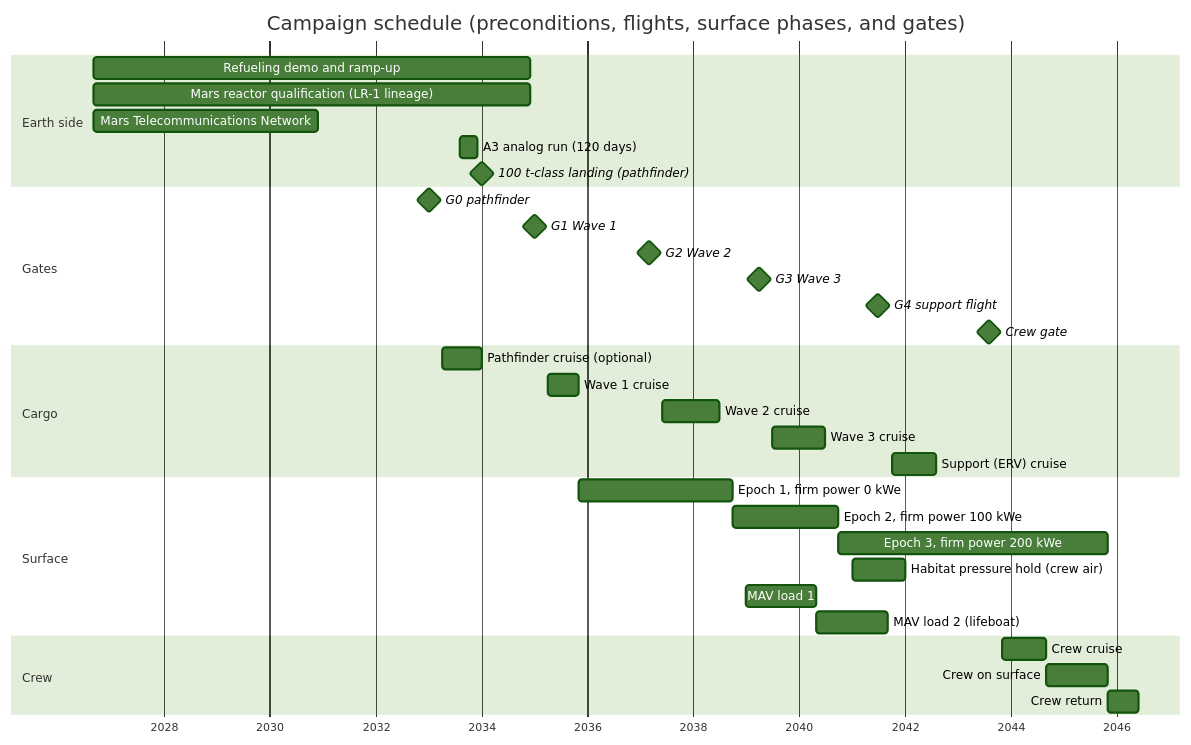
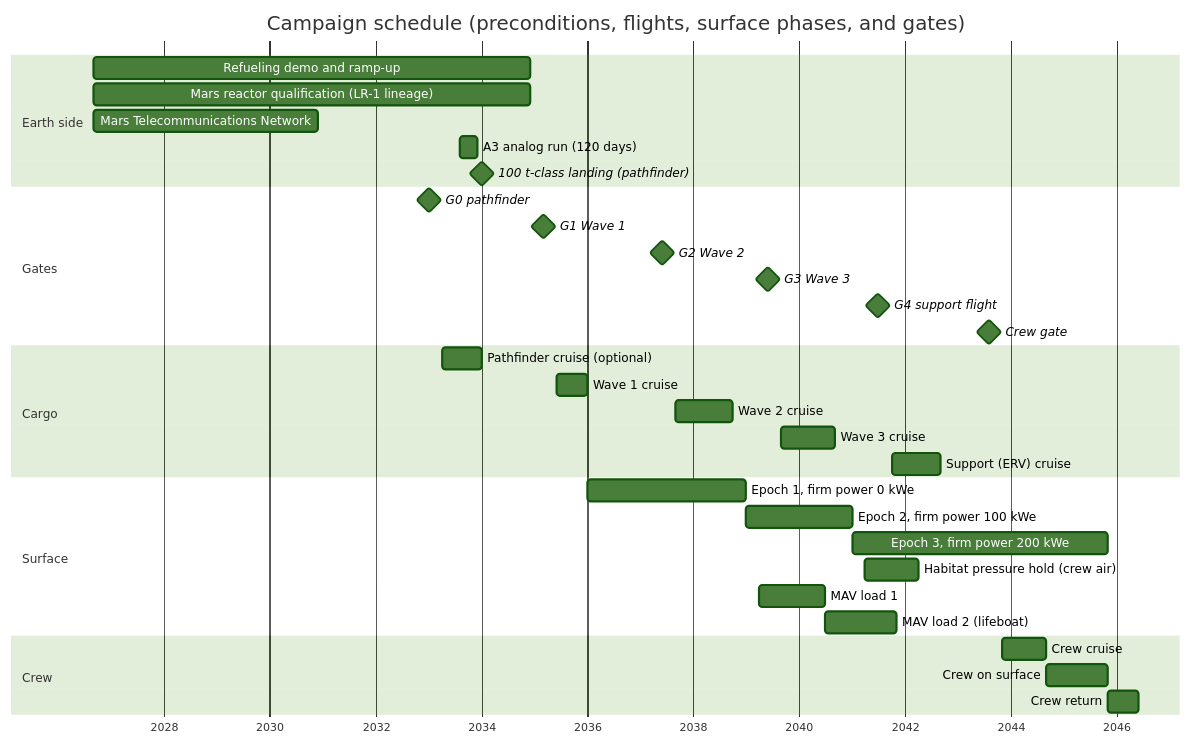
Before and after one commit to sagol/Fully-Autonomous-Initial-Mars-Colony: the diagram in 13. Timeline and gates.md, drawn with Mermaid (forest theme). The commit also changed other lines of this file and 16 other files, not shown here.

````diff
--- a/13. Timeline and gates.md
+++ b/13. Timeline and gates.md
@@ -69,36 +69,36 @@
 ```mermaid
 gantt
     title Campaign schedule (preconditions, flights, surface phases, and gates)
     dateFormat YYYY-MM
     axisFormat %Y
     section Earth side
     Refueling demo and ramp-up        :2026-09, 2034-12
     Mars reactor qualification (LR-1 lineage) :2026-09, 2034-12
     Mars Telecommunications Network   :2026-09, 2030-12
     A3 analog run (120 days)          :2033-08, 2033-12
     100 t-class landing (pathfinder)  :milestone, 2034-01, 0d
     section Gates
     G0 pathfinder                     :milestone, 2033-01, 0d
-    G1 Wave 1                         :milestone, 2035-01, 0d
-    G2 Wave 2                         :milestone, 2037-03, 0d
-    G3 Wave 3                         :milestone, 2039-04, 0d
+    G1 Wave 1                         :milestone, 2035-03, 0d
+    G2 Wave 2                         :milestone, 2037-06, 0d
+    G3 Wave 3                         :milestone, 2039-06, 0d
     G4 support flight                 :milestone, 2041-07, 0d
     Crew gate                         :milestone, 2043-08, 0d
     section Cargo
     Pathfinder cruise (optional)      :2033-04, 2034-01
-    Wave 1 cruise                     :2035-04, 2035-11
-    Wave 2 cruise                     :2037-06, 2038-07
-    Wave 3 cruise                     :2039-07, 2040-07
-    Support (ERV) cruise              :2041-10, 2042-08
+    Wave 1 cruise                     :2035-06, 2036-01
+    Wave 2 cruise                     :2037-09, 2038-10
+    Wave 3 cruise                     :2039-09, 2040-09
+    Support (ERV) cruise              :2041-10, 2042-09
     section Surface
-    Epoch 1, firm power 0 kWe         :2035-11, 2038-10
-    Epoch 2, firm power 100 kWe       :2038-10, 2040-10
-    Epoch 3, firm power 200 kWe       :2040-10, 2045-11
-    Habitat pressure hold (crew air)  :2041-01, 2042-01
-    MAV load 1                        :2039-01, 2040-05
-    MAV load 2 (lifeboat)             :2040-05, 2041-09
+    Epoch 1, firm power 0 kWe         :2036-01, 2039-01
+    Epoch 2, firm power 100 kWe       :2039-01, 2041-01
+    Epoch 3, firm power 200 kWe       :2041-01, 2045-11
+    Habitat pressure hold (crew air)  :2041-04, 2042-04
+    MAV load 1                        :2039-04, 2040-07
+    MAV load 2 (lifeboat)             :2040-07, 2041-11
     section Crew
     Crew cruise                       :2043-11, 2044-09
     Crew on surface                   :2044-09, 2045-11
     Crew return                       :2045-11, 2046-06
 ```
````
